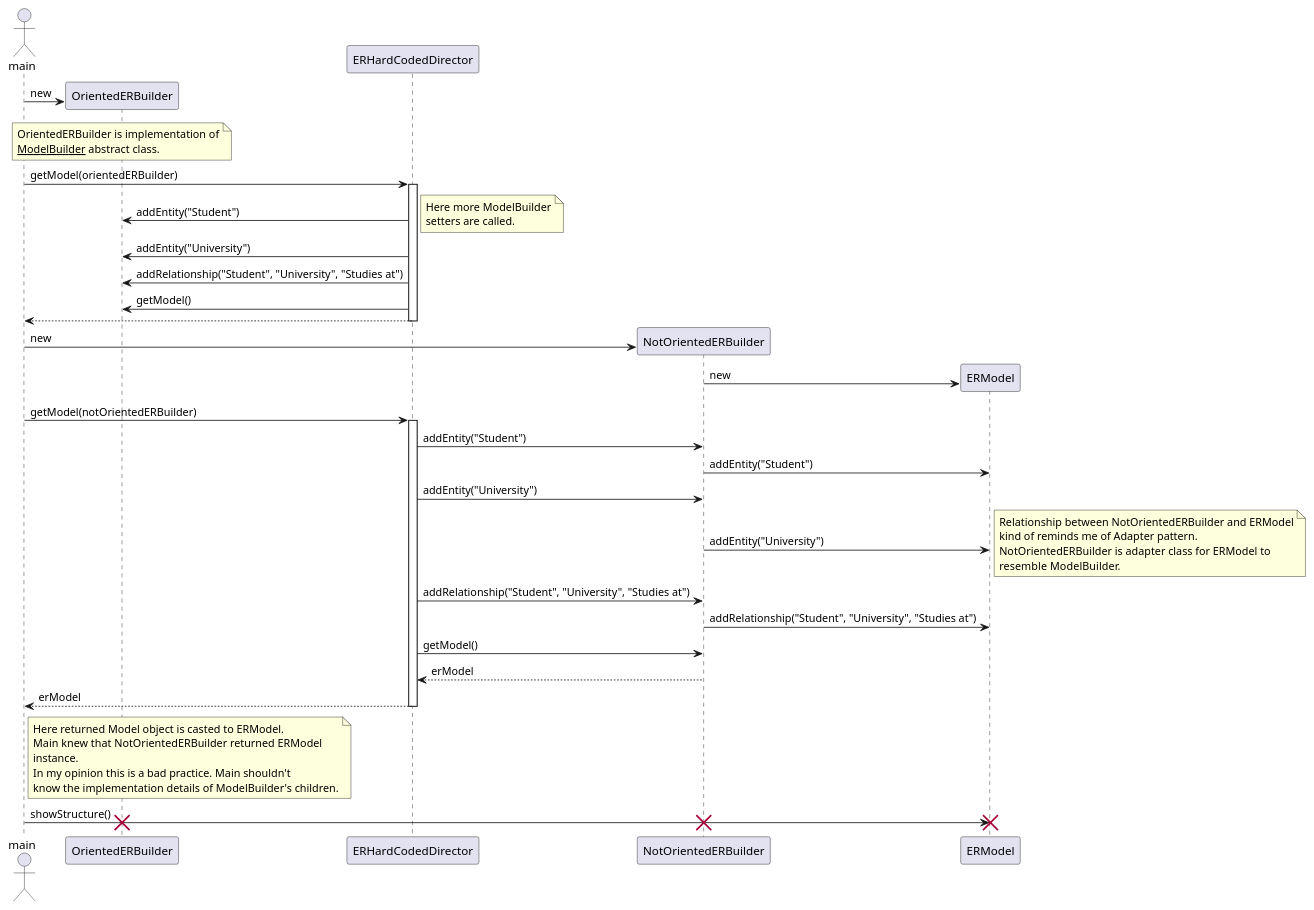
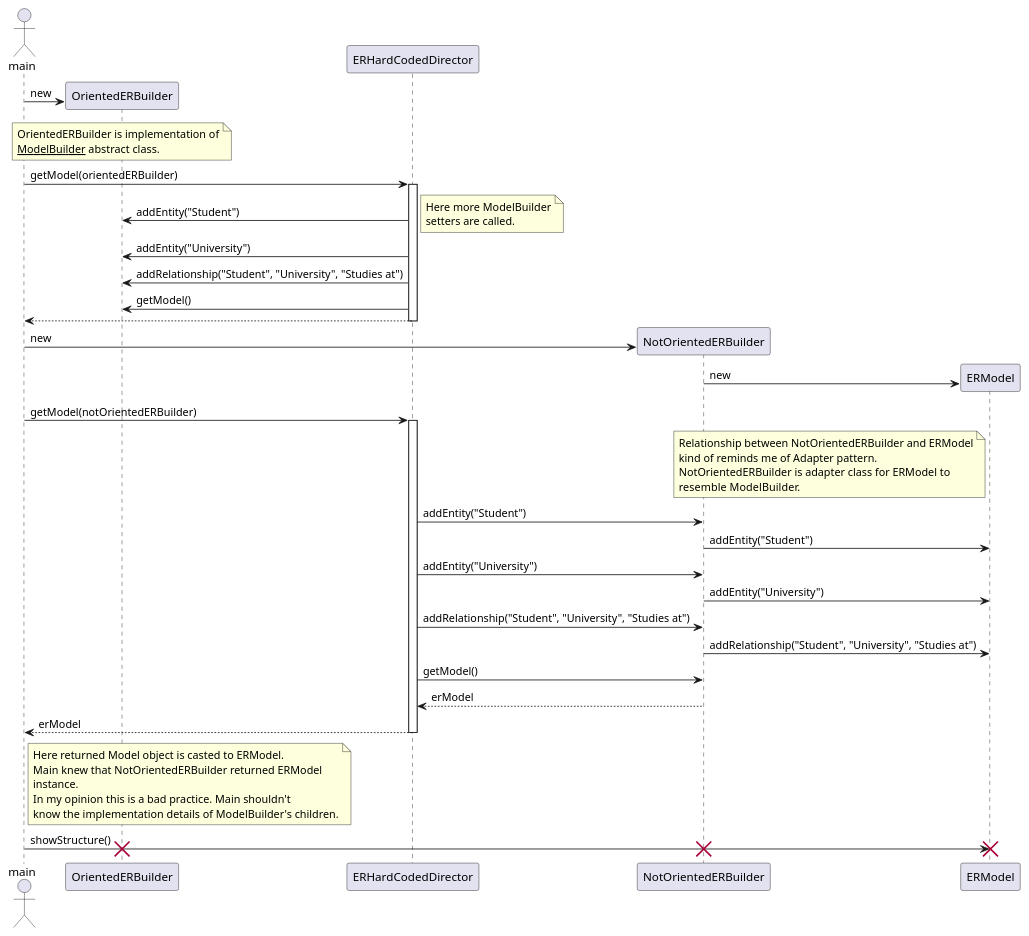
Before and after one commit to BeqaKhaburdzania/FreeUni-SDP-2013-Lab-UML: the diagram in Builder/uml/BuilderSequenceDiagram.puml, drawn with PlantUML.

Commit message:
#2 sequence diagram note

```diff
--- a/Builder/uml/BuilderSequenceDiagram.puml
+++ b/Builder/uml/BuilderSequenceDiagram.puml
@@ -1,86 +1,86 @@
 @startuml
 
 actor main
 
 create OrientedERBuilder
 main -> OrientedERBuilder : new
 
 note over OrientedERBuilder
 OrientedERBuilder is implementation of
 <u>ModelBuilder</u> abstract class.
 end note
 
 main -> ERHardCodedDirector : getModel(orientedERBuilder)
 
 
 
 activate ERHardCodedDirector
 
 ERHardCodedDirector -> OrientedERBuilder : addEntity("Student")
 
 note right
 Here more ModelBuilder
 setters are called.
 end note
 
 ERHardCodedDirector -> OrientedERBuilder : addEntity("University")
 ERHardCodedDirector -> OrientedERBuilder : addRelationship("Student", "University", "Studies at")
 ERHardCodedDirector -> OrientedERBuilder : getModel()
 
 ERHardCodedDirector --> main
 
 deactivate ERHardCodedDirector
 
 
 
 create NotOrientedERBuilder
 main -> NotOrientedERBuilder : new
 
 create ERModel
 NotOrientedERBuilder -> ERModel : new
 
 main -> ERHardCodedDirector : getModel(notOrientedERBuilder)
 
 
 
 activate ERHardCodedDirector
 
+note left ERModel
+Relationship between NotOrientedERBuilder and ERModel
+kind of reminds me of Adapter pattern.
+NotOrientedERBuilder is adapter class for ERModel to
+resemble ModelBuilder.
+end note
+
 ERHardCodedDirector -> NotOrientedERBuilder : addEntity("Student")
 NotOrientedERBuilder -> ERModel : addEntity("Student")
 
 ERHardCodedDirector -> NotOrientedERBuilder : addEntity("University")
 NotOrientedERBuilder -> ERModel : addEntity("University")
-
-note right
-Relationship between NotOrientedERBuilder and ERModel
-kind of reminds me of Adapter pattern.
-NotOrientedERBuilder is adapter class for ERModel to
-resemble ModelBuilder.
-end note
 
 ERHardCodedDirector -> NotOrientedERBuilder : addRelationship("Student", "University", "Studies at")
 NotOrientedERBuilder -> ERModel : addRelationship("Student", "University", "Studies at")
 
 ERHardCodedDirector -> NotOrientedERBuilder : getModel()
 NotOrientedERBuilder --> ERHardCodedDirector : erModel
 ERHardCodedDirector --> main : erModel
 
 deactivate ERHardCodedDirector
 
 
 
 note right main
 Here returned Model object is casted to ERModel.
 Main knew that NotOrientedERBuilder returned ERModel
 instance.
 In my opinion this is a bad practice. Main shouldn't
 know the implementation details of ModelBuilder's children.
 end note
 
 main -> ERModel : showStructure()
 
 destroy OrientedERBuilder
 destroy NotOrientedERBuilder
 destroy ERModel
 
 @enduml
```
